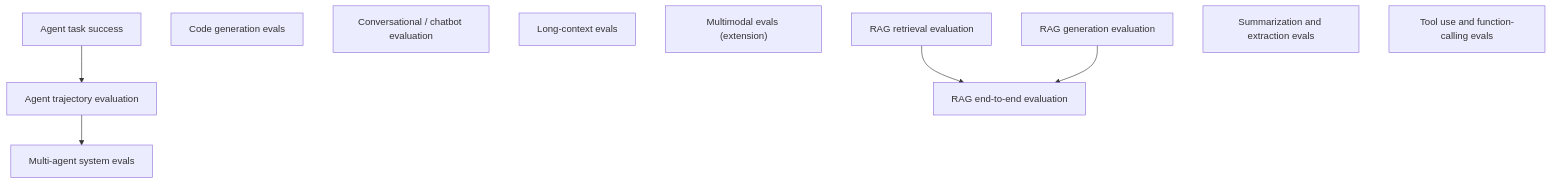
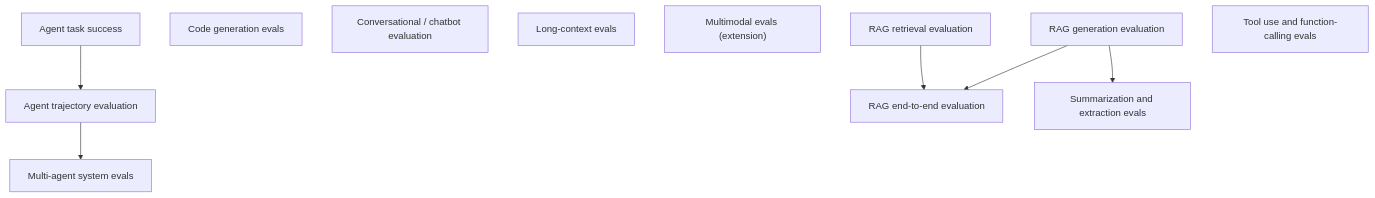
One commit to ksubramanian9/ai_evaluation changed the fifth of 8 diagrams in map/00-overview.md. Above: the diagram before and after it, drawn with Mermaid. The commit also changed other lines of this file and 21 other files, not shown here.

````diff
--- a/map/00-overview.md
+++ b/map/00-overview.md
@@ -163,19 +164,20 @@
 ```mermaid
 flowchart TD
   n_agent_task_success_evals["Agent task success"]
   n_agent_trajectory_evals["Agent trajectory evaluation"]
   n_code_generation_evals["Code generation evals"]
   n_conversational_evals["Conversational / chatbot evaluation"]
   n_long_context_evals["Long-context evals"]
   n_multi_agent_evals["Multi-agent system evals"]
   n_multimodal_evals["Multimodal evals (extension)"]
   n_rag_end_to_end_evals["RAG end-to-end evaluation"]
   n_rag_generation_evals["RAG generation evaluation"]
   n_rag_retrieval_evals["RAG retrieval evaluation"]
   n_summarization_and_extraction_evals["Summarization and extraction evals"]
   n_tool_use_evals["Tool use and function-calling evals"]
   n_agent_task_success_evals --> n_agent_trajectory_evals
   n_agent_trajectory_evals --> n_multi_agent_evals
   n_rag_retrieval_evals --> n_rag_end_to_end_evals
   n_rag_generation_evals --> n_rag_end_to_end_evals
+  n_rag_generation_evals --> n_summarization_and_extraction_evals
 ```
````
